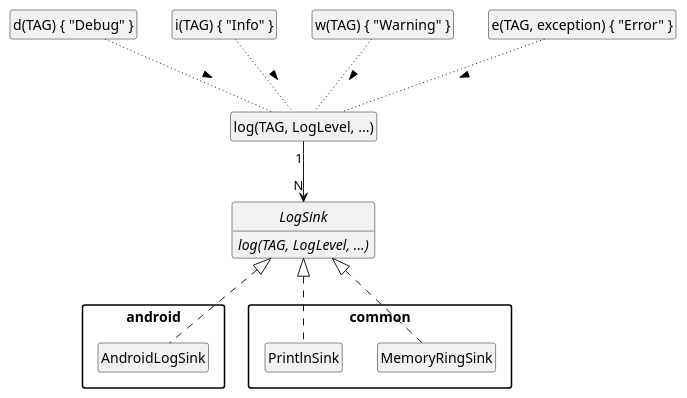
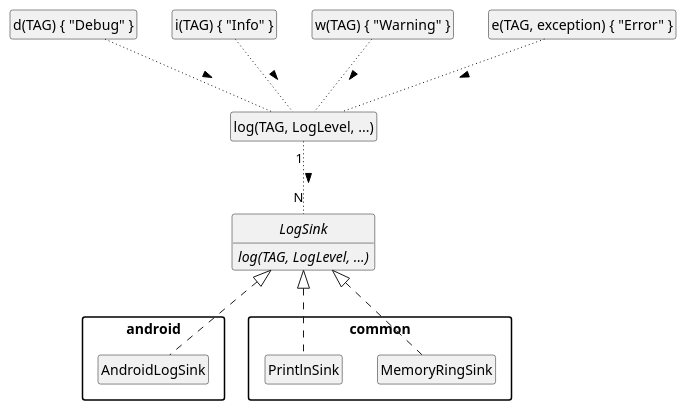
One commit to sergejsha/logger changed the diagram in documentation/architecture.iuml. Above: the diagram before and after it, drawn with PlantUML.

Commit message:
Update arch diagram

```diff
--- a/documentation/architecture.iuml
+++ b/documentation/architecture.iuml
@@ -1,36 +1,36 @@
 @startuml
 skinparam packageStyle rectangle
 hide empty members
 hide stereotype
 hide circle
 
 class "d(TAG) { "Debug" }" as Debug
 class "i(TAG) { "Info" }" as Info
 class "w(TAG) { "Warning" }" as Warn
 class "e(TAG, exception) { "Error" }" as Error
 class "log(TAG, LogLevel, ...)" as Log
 
 Debug -[dotted]- Log : >
 Info -[dotted]- Log : >
 Warn -[dotted]- Log : >
 Error -[dotted]- Log : >
 
 interface LogSink {
     {abstract} log(TAG, LogLevel, ...)
 }
 
 package android {
     class AndroidLogSink
 }
 
 package common {
     class PrintlnSink
     class MemoryRingSink
 }
 
 LogSink <|.. PrintlnSink
 LogSink <|.. MemoryRingSink
 LogSink <|.. AndroidLogSink
 
-Log "1" --> "N" LogSink
+Log "1" -[dotted]- "N" LogSink : >
 @enduml
```
